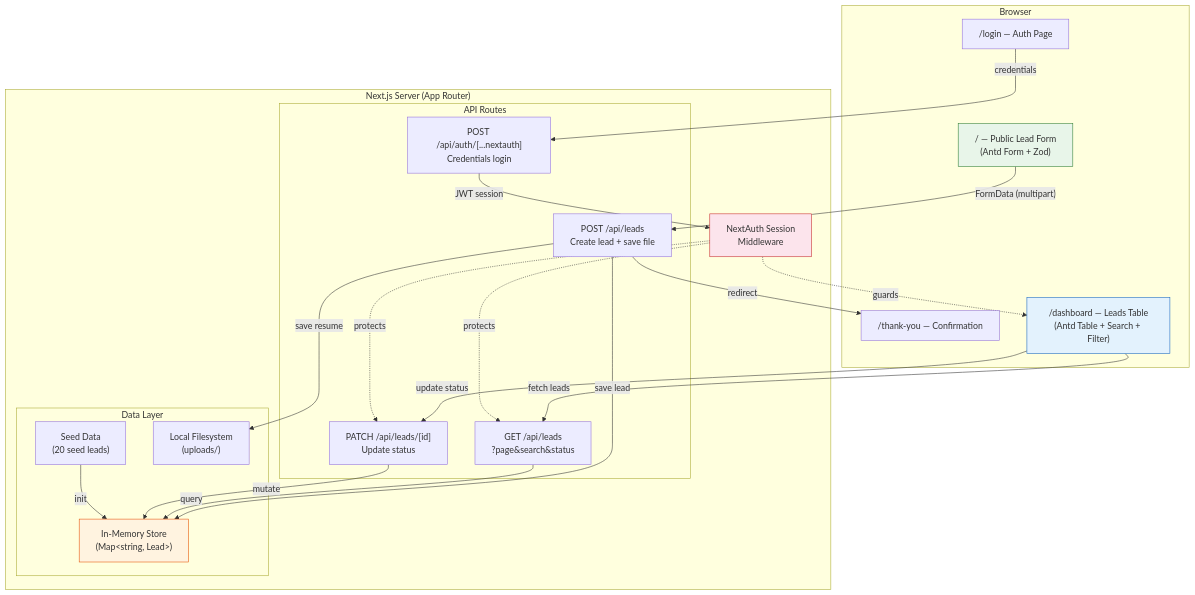
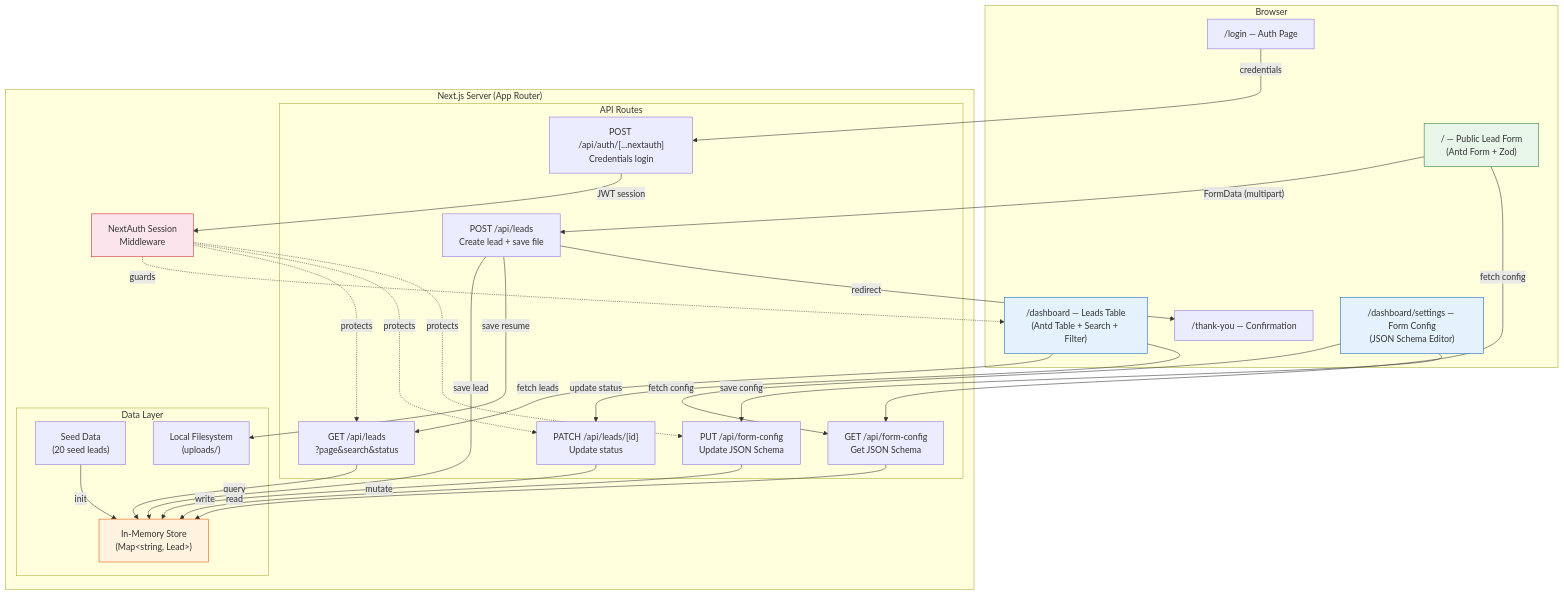
Before and after one commit to kimo/alma-take-home-assignment: the first of 3 diagrams in DESIGN.md, drawn with Mermaid. The commit also changed other lines of this file and 11 other files, not shown here.

````diff
--- a/DESIGN.md
+++ b/DESIGN.md
@@ -18,50 +18,61 @@
 ```mermaid
 graph TB
     subgraph Browser
         PF["/ — Public Lead Form<br/>(Antd Form + Zod)"]
         TY["/thank-you — Confirmation"]
         LG["/login — Auth Page"]
         DB["/dashboard — Leads Table<br/>(Antd Table + Search + Filter)"]
+        ST["/dashboard/settings — Form Config<br/>(JSON Schema Editor)"]
     end
 
     subgraph "Next.js Server (App Router)"
         subgraph "API Routes"
             POST["POST /api/leads<br/>Create lead + save file"]
             GET["GET /api/leads<br/>?page&search&status"]
             PATCH["PATCH /api/leads/[id]<br/>Update status"]
+            CFGET["GET /api/form-config<br/>Get JSON Schema"]
+            CFPUT["PUT /api/form-config<br/>Update JSON Schema"]
             AUTH["POST /api/auth/[...nextauth]<br/>Credentials login"]
         end
 
         subgraph "Data Layer"
             STORE["In-Memory Store<br/>(Map&lt;string, Lead&gt;)"]
             SEED["Seed Data<br/>(20 seed leads)"]
             FS["Local Filesystem<br/>(uploads/)"]
         end
 
         MW["NextAuth Session<br/>Middleware"]
     end
 
     PF -->|"FormData (multipart)"| POST
     POST -->|"save lead"| STORE
     POST -->|"save resume"| FS
     POST -->|"redirect"| TY
 
     LG -->|"credentials"| AUTH
     AUTH -->|"JWT session"| MW
 
     DB -->|"fetch leads"| GET
     DB -->|"update status"| PATCH
     GET -->|"query"| STORE
     PATCH -->|"mutate"| STORE
 
+    PF -->|"fetch config"| CFGET
+    ST -->|"fetch config"| CFGET
+    ST -->|"save config"| CFPUT
+    CFGET -->|"read"| STORE
+    CFPUT -->|"write"| STORE
+
     MW -.->|"protects"| GET
     MW -.->|"protects"| PATCH
+    MW -.->|"protects"| CFPUT
     MW -.->|"guards"| DB
 
     SEED -->|"init"| STORE
 
     style PF fill:#e8f5e9,stroke:#2e7d32
     style DB fill:#e3f2fd,stroke:#1565c0
     style STORE fill:#fff3e0,stroke:#e65100
+    style ST fill:#e3f2fd,stroke:#1565c0
     style MW fill:#fce4ec,stroke:#c62828
 ```
````
